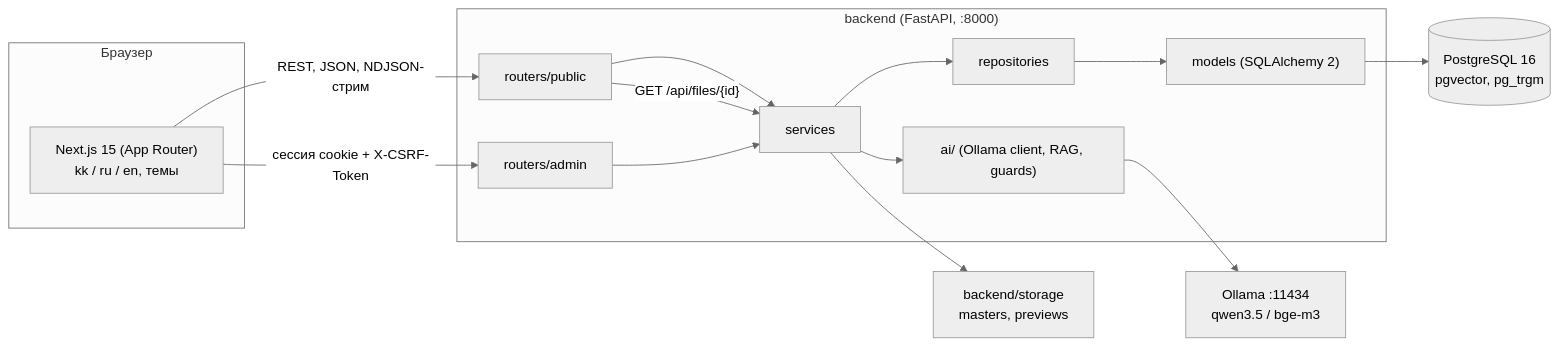
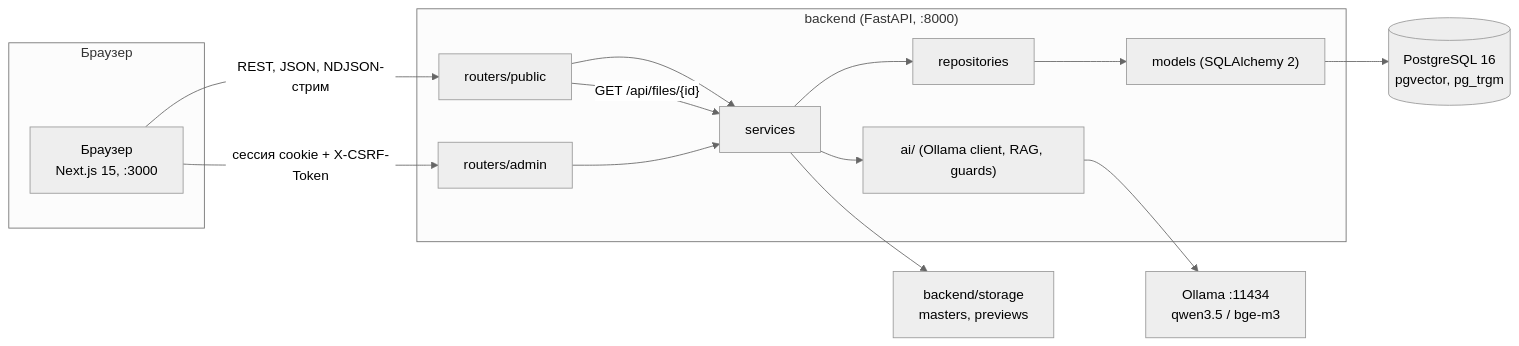
Before and after one commit to amblackrust/vko-archive: the first of 5 diagrams in docs/ARCHITECTURE.md, drawn with Mermaid (neutral theme). The commit also changed other lines of this file and 9 other files, not shown here.

Commit message:
Docs: README (en, ru), architecture, AI, deployment rationale, design, decisions

````diff
--- a/docs/ARCHITECTURE.md
+++ b/docs/ARCHITECTURE.md
@@ -8,29 +8,29 @@
 ```mermaid
 flowchart LR
     subgraph Browser["Браузер"]
-        UI["Next.js 15 (App Router)<br/>kk / ru / en, темы"]
+        UI["Браузер<br/>Next.js 15, :3000"]
     end
     subgraph Backend["backend (FastAPI, :8000)"]
         RP["routers/public"]
         RA["routers/admin"]
         SV["services"]
         RS["repositories"]
         MD["models (SQLAlchemy 2)"]
         AI["ai/ (Ollama client, RAG, guards)"]
     end
     DB[("PostgreSQL 16<br/>pgvector, pg_trgm")]
     OL["Ollama :11434<br/>qwen3.5 / bge-m3"]
     FS["backend/storage<br/>masters, previews"]
 
     UI -->|"REST, JSON, NDJSON-стрим"| RP
     UI -->|"сессия cookie + X-CSRF-Token"| RA
     RP --> SV
     RA --> SV
     SV --> RS
     SV --> AI
     RS --> MD
     MD --> DB
     AI --> OL
     SV --> FS
     RP -->|"GET /api/files/{id}"| SV
 ```
````
